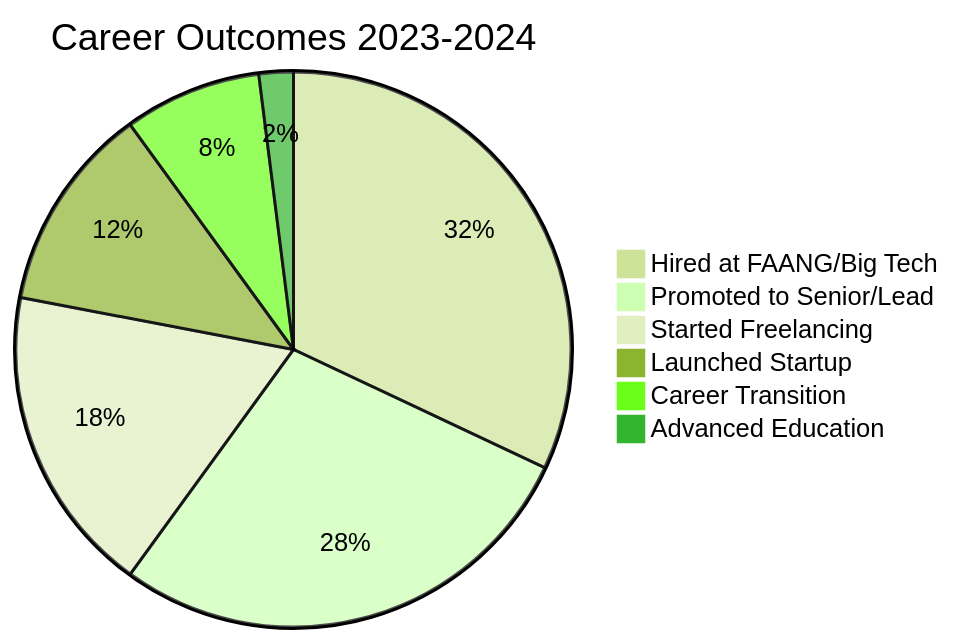
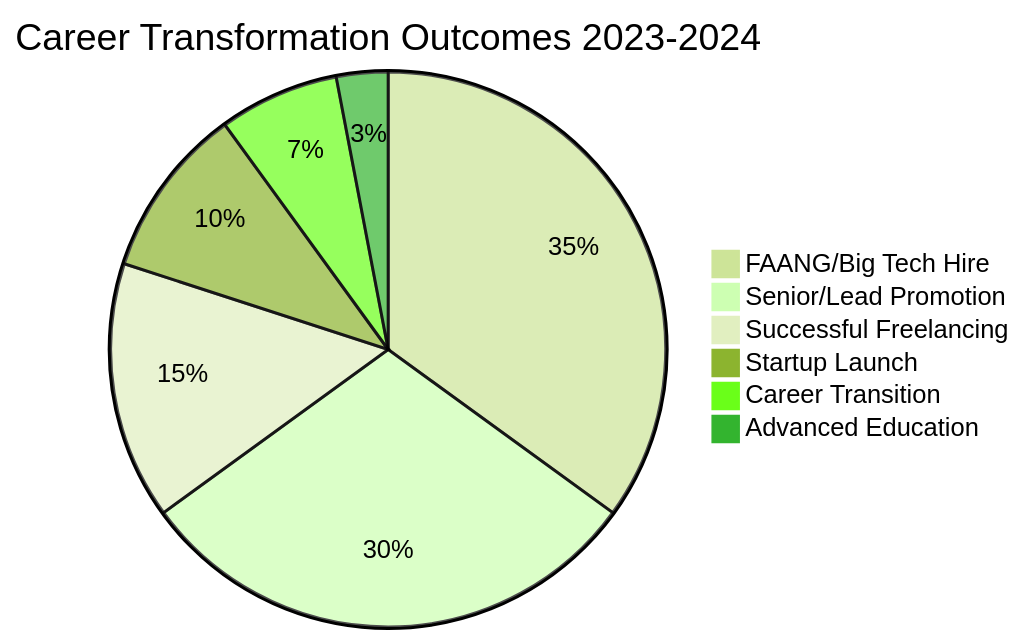
Diagram 15 of 17 in README.md (mentech93/mentech93), drawn with Mermaid (forest theme) before and after one commit. The commit also changed other lines of this file, not shown here.

````diff
--- a/README.md
+++ b/README.md
@@ -884,9 +1013,9 @@
 ```mermaid
-pie title Career Outcomes 2023-2024
-    "Hired at FAANG/Big Tech" : 32
-    "Promoted to Senior/Lead" : 28
-    "Started Freelancing" : 18
-    "Launched Startup" : 12
-    "Career Transition" : 8
-    "Advanced Education" : 2
+pie title Career Transformation Outcomes 2023-2024
+    "FAANG/Big Tech Hire" : 35
+    "Senior/Lead Promotion" : 30
+    "Successful Freelancing" : 15
+    "Startup Launch" : 10
+    "Career Transition" : 7
+    "Advanced Education" : 3
 ```
````
